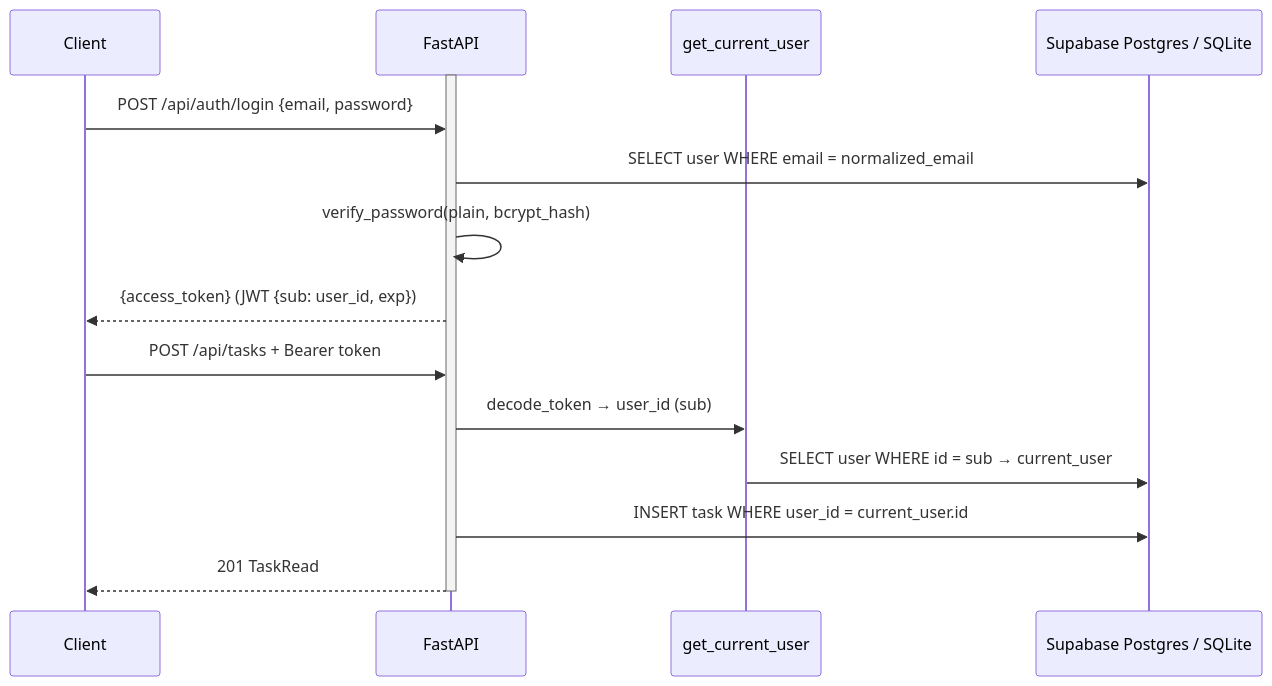
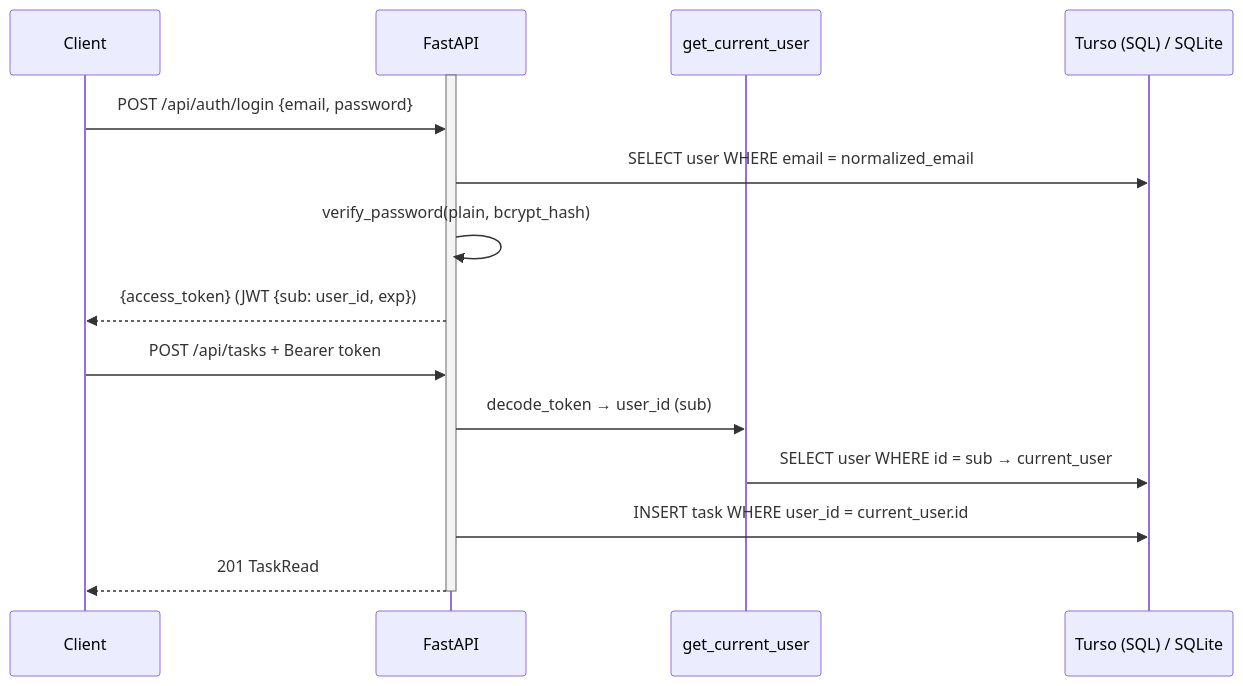
One commit to mudather490/Project-01-Task-Management-REST-API changed the second of 3 diagrams in docs/architecture.md. Above: the diagram before and after it, drawn with Mermaid. The commit also changed other lines of this file and 7 other files, not shown here.

Commit message:
Switch DB to Turso (SQL): libsql URL support, docs

````diff
--- a/docs/architecture.md
+++ b/docs/architecture.md
@@ -39,20 +39,20 @@
 ```mermaid
 sequenceDiagram
     participant C as Client
     participant F as FastAPI
     participant D as get_current_user
-    participant DB as Supabase Postgres / SQLite
+    participant DB as Turso (SQL) / SQLite
     activate F
 
     C->>F: POST /api/auth/login {email, password}
     F->>DB: SELECT user WHERE email = normalized_email
     F->>F: verify_password(plain, bcrypt_hash)
     F-->>C: {access_token}  (JWT {sub: user_id, exp})
 
     C->>F: POST /api/tasks + Bearer token
     F->>D: decode_token → user_id (sub)
     D->>DB: SELECT user WHERE id = sub → current_user
     F->>DB: INSERT task WHERE user_id = current_user.id
     F-->>C: 201 TaskRead
     deactivate F
 ```
````
